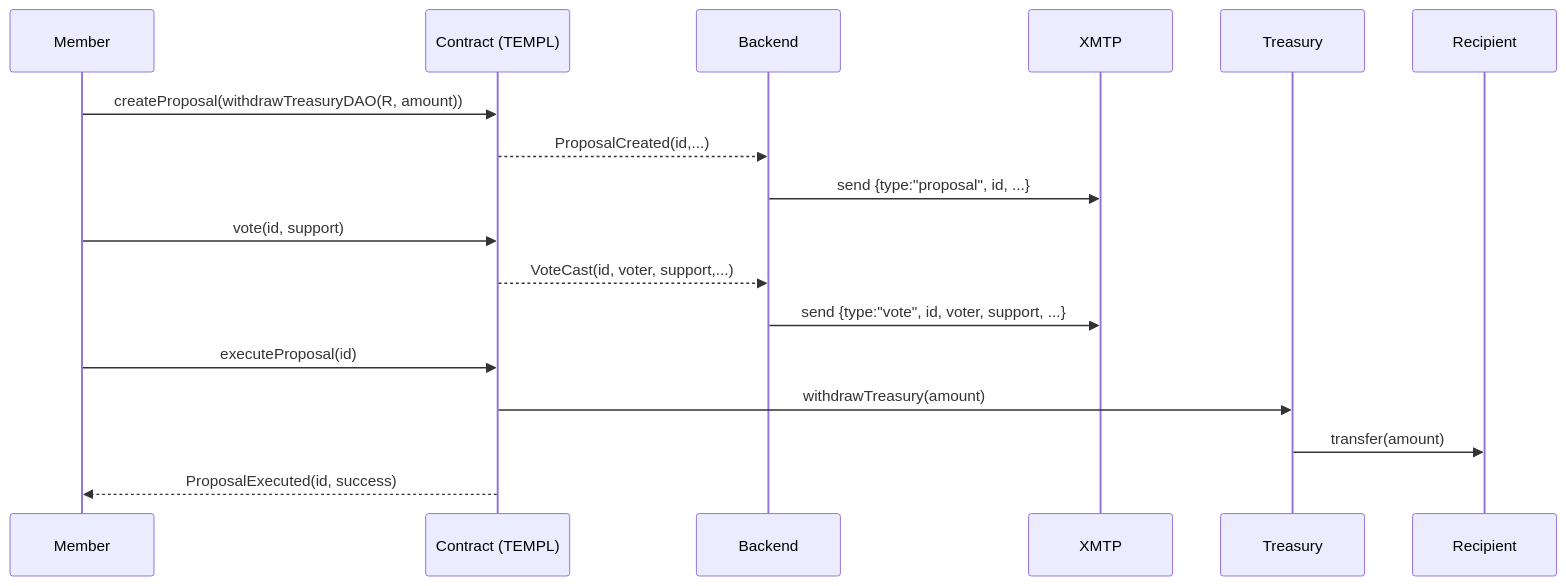
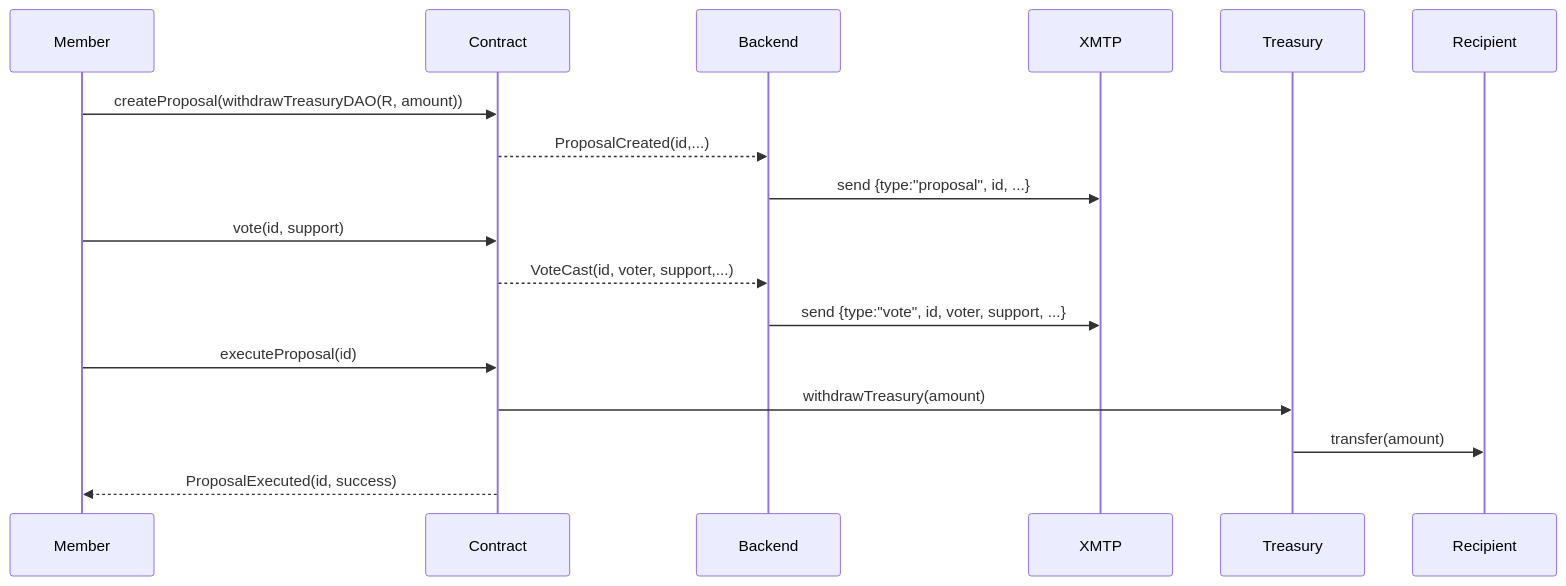
Diagram 11 of 12 in CORE_FLOW_DOCS.MD (templ-fun/templ-evm-protocol), drawn with Mermaid before and after one commit. The commit also changed other lines of this file, not shown here.

Commit message:
docs(core): standardize mermaid labels

````diff
--- a/CORE_FLOW_DOCS.MD
+++ b/CORE_FLOW_DOCS.MD
@@ -157,19 +157,19 @@
 ```mermaid
 sequenceDiagram
     participant M as Member
-    participant C as Contract (TEMPL)
+    participant C as Contract
     participant B as Backend
     participant X as XMTP
     participant T as Treasury
     participant R as Recipient
     M->>C: createProposal(withdrawTreasuryDAO(R, amount))
     C-->>B: ProposalCreated(id,...)
     B->>X: send {type:"proposal", id, ...}
     M->>C: vote(id, support)
     C-->>B: VoteCast(id, voter, support,...)
     B->>X: send {type:"vote", id, voter, support, ...}
     M->>C: executeProposal(id)
     C->>T: withdrawTreasury(amount)
     T->>R: transfer(amount)
     C-->>M: ProposalExecuted(id, success)
 ```
````
